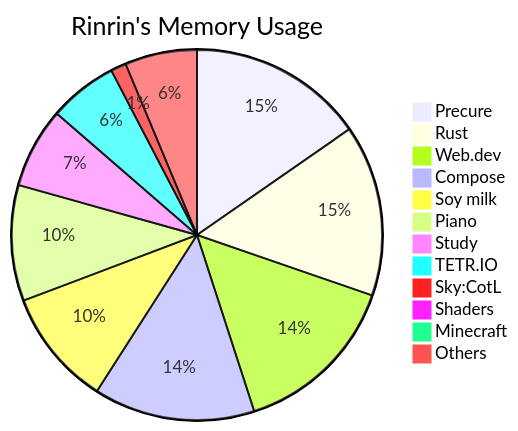
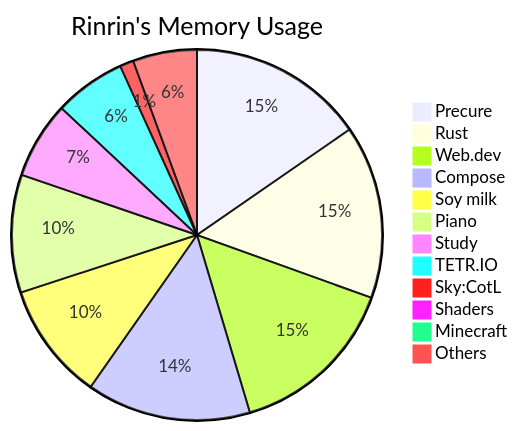
Before and after one commit to Rinrin0413/Rinrin0413: the diagram in README.md, drawn with Mermaid.

Commit message:
🛠 Update: Rinrin's Memory Usage

````diff
--- a/README.md
+++ b/README.md
@@ -77,15 +77,15 @@
 ```mermaid
 pie title Rinrin's Memory Usage
-    "Precure": 568
-    "Rust": 554
-    "Web.dev": 545
-    "Compose": 521
-    "Soy milk": 377
-    "Piano": 374
-    "Study": 260
-    "TETR.IO": 222
-    "Sky:CotL": 50
+    "Precure": 577
+    "Rust": 568
+    "Web.dev": 559
+    "Compose": 538
+    "Soy milk": 385
+    "Piano": 386
+    "Study": 252
+    "TETR.IO": 234
+    "Sky:CotL": 45
     "Shaders": 30
     "Minecraft": 30
-    "Others": 233
+    "Others": 210
 ```
````
